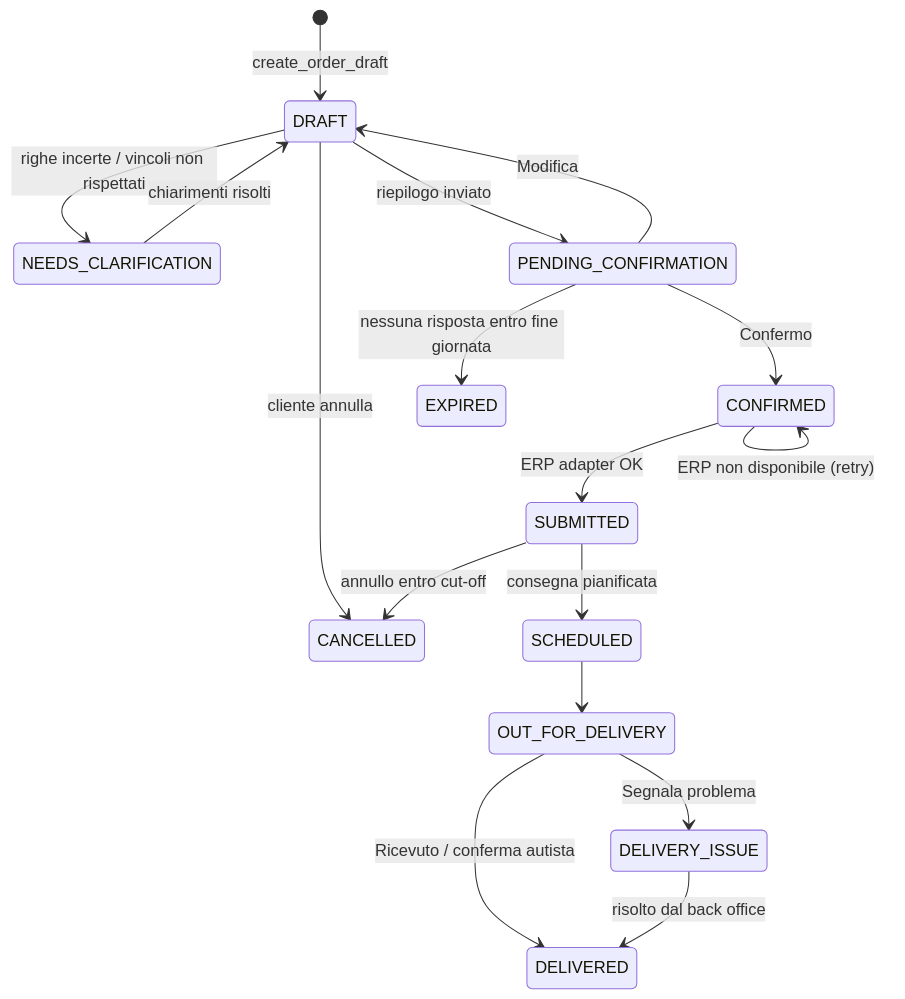
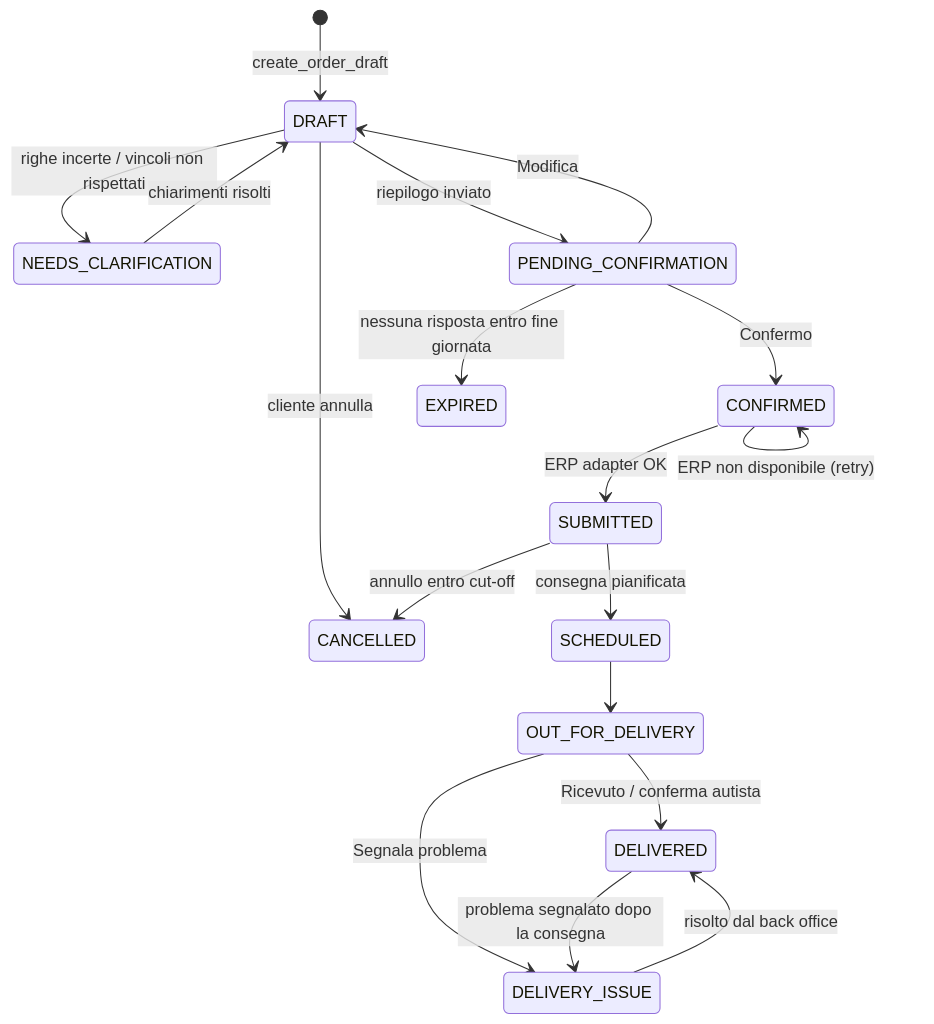
One commit to besharpsrl/aws-cds-hackathon-2026-suppliagent changed the second of 3 diagrams in docs/02_TECHNICAL_FLOWS.md. Above: the diagram before and after it, drawn with Mermaid. The commit also changed other lines of this file and 55 other files, not shown here.

````diff
--- a/docs/02_TECHNICAL_FLOWS.md
+++ b/docs/02_TECHNICAL_FLOWS.md
@@ -42,19 +42,20 @@
 ```mermaid
 stateDiagram-v2
     [*] --> DRAFT: create_order_draft
     DRAFT --> NEEDS_CLARIFICATION: righe incerte / vincoli non rispettati
     NEEDS_CLARIFICATION --> DRAFT: chiarimenti risolti
     DRAFT --> PENDING_CONFIRMATION: riepilogo inviato
     PENDING_CONFIRMATION --> DRAFT: Modifica
     PENDING_CONFIRMATION --> CONFIRMED: Confermo
     PENDING_CONFIRMATION --> EXPIRED: nessuna risposta entro fine giornata
     DRAFT --> CANCELLED: cliente annulla
     CONFIRMED --> SUBMITTED: ERP adapter OK
     CONFIRMED --> CONFIRMED: ERP non disponibile (retry)
     SUBMITTED --> SCHEDULED: consegna pianificata
     SUBMITTED --> CANCELLED: annullo entro cut-off
     SCHEDULED --> OUT_FOR_DELIVERY
     OUT_FOR_DELIVERY --> DELIVERED: Ricevuto / conferma autista
     OUT_FOR_DELIVERY --> DELIVERY_ISSUE: Segnala problema
+    DELIVERED --> DELIVERY_ISSUE: problema segnalato dopo la consegna
     DELIVERY_ISSUE --> DELIVERED: risolto dal back office
 ```
````
